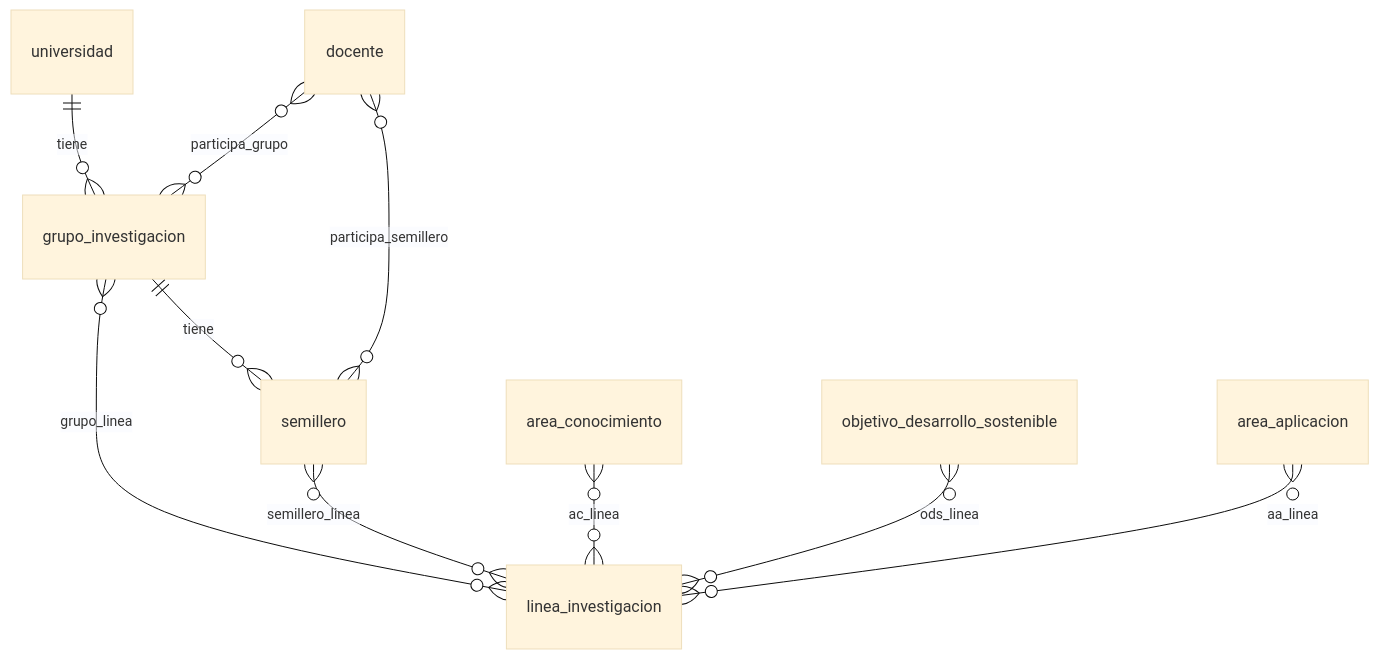
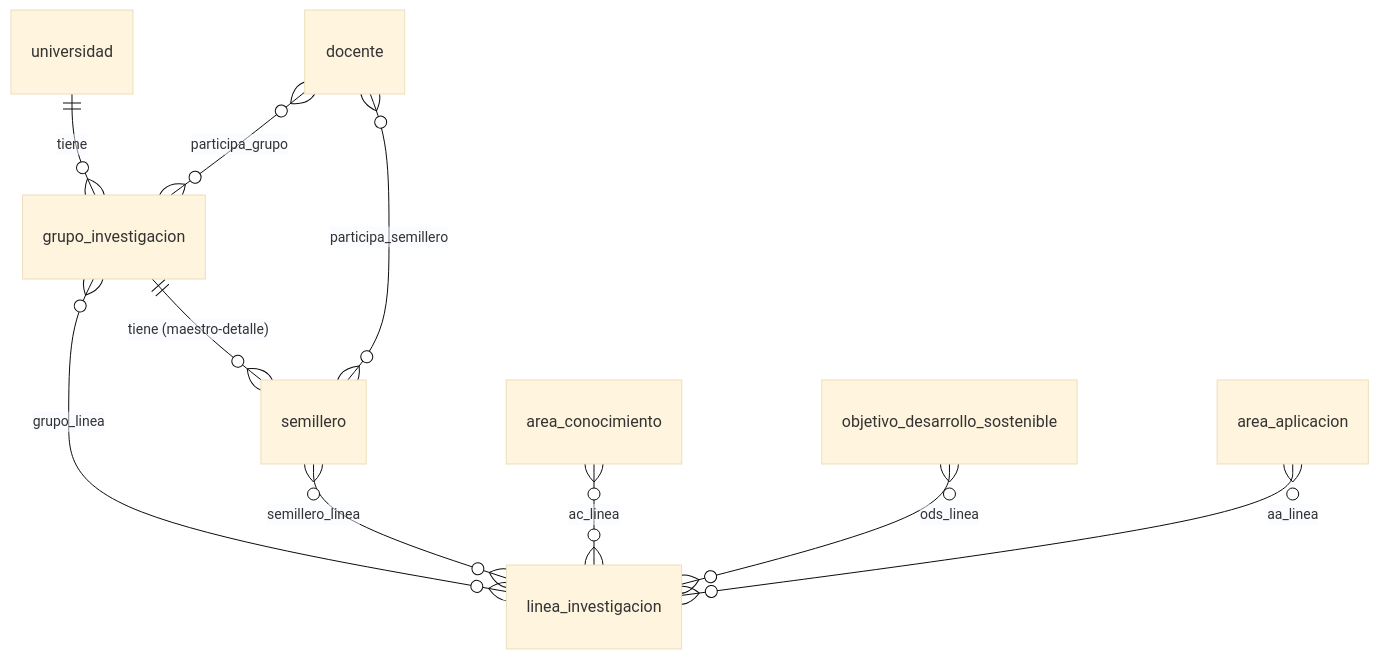
One commit to JuanRojas1902/Spec_Kit_v2 changed the diagram in 5_data_model.md. Above: the diagram before and after it, drawn with Mermaid (base theme). The commit also changed other lines of this file, not shown here.

````diff
--- a/5_data_model.md
+++ b/5_data_model.md
@@ -197,12 +40,12 @@
 ```mermaid
 erDiagram
     universidad ||--o{ grupo_investigacion : tiene
-    grupo_investigacion ||--o{ semillero : tiene
+    grupo_investigacion ||--o{ semillero : "tiene (maestro-detalle)"
     docente }o--o{ grupo_investigacion : participa_grupo
     docente }o--o{ semillero : participa_semillero
     grupo_investigacion }o--o{ linea_investigacion : grupo_linea
     semillero }o--o{ linea_investigacion : semillero_linea
     area_conocimiento }o--o{ linea_investigacion : ac_linea
     objetivo_desarrollo_sostenible }o--o{ linea_investigacion : ods_linea
     area_aplicacion }o--o{ linea_investigacion : aa_linea
 ```
````
